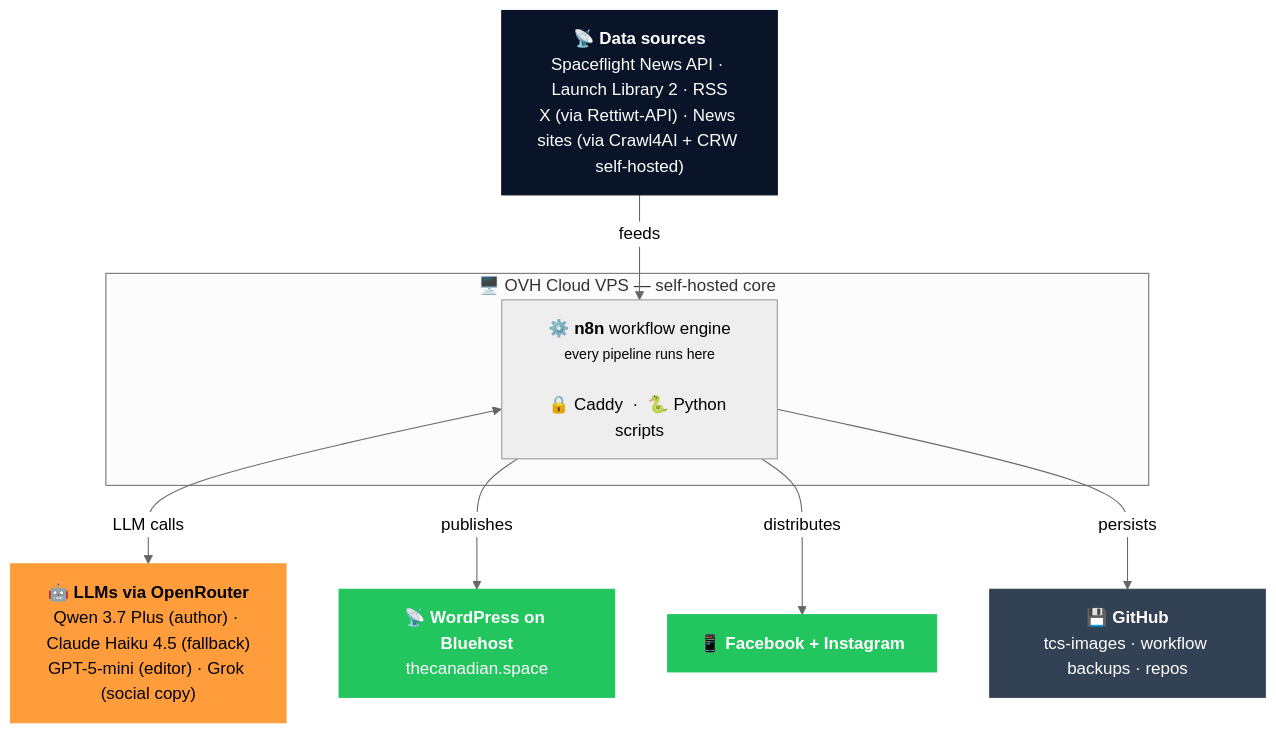
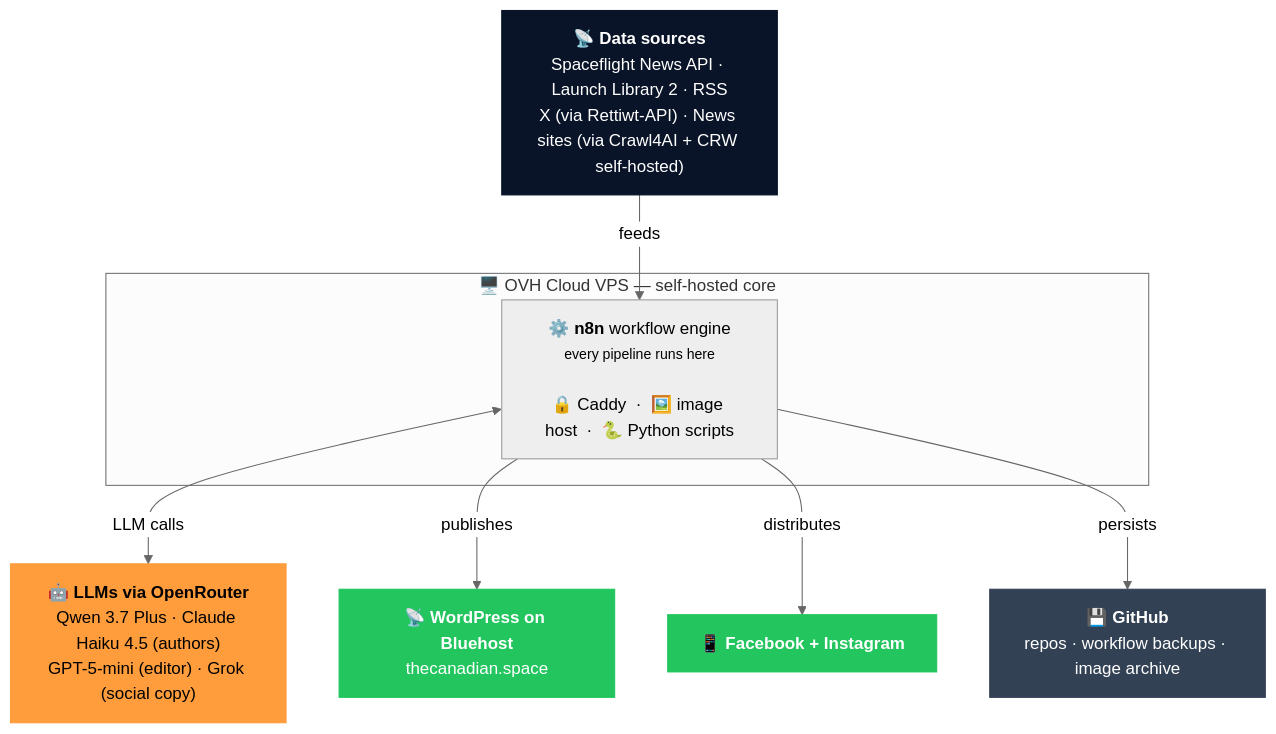
The diagram in docs/technology/infrastructure.md (The-Canadian-Space/tcs-public-wiki), drawn with Mermaid (neutral theme) before and after one commit. The commit also changed other lines of this file and 2 other files, not shown here.

Commit message:
docs: images are served from our own server; diagram names both authors
New images (post headers, Rocket Lab photos and, since today, the
Instagram cards) come from assets.thecanadian.space. GitHub keeps the
code, the workflow backups and the image archive older posts link to.
The infrastructure diagram now names both LLM authors.

Refs The-Canadian-Space/tcs-workflows#130

````diff
--- a/docs/technology/infrastructure.md
+++ b/docs/technology/infrastructure.md
@@ -9,29 +9,29 @@
 ```mermaid
 graph TB
     Data["📡 <b>Data sources</b><br/>Spaceflight News API · Launch Library 2 · RSS<br/>X (via Rettiwt-API) · News sites (via Crawl4AI + CRW self-hosted)"]
 
     subgraph OVH["🖥️ OVH Cloud VPS — self-hosted core"]
-        Core["⚙️ <b>n8n</b> workflow engine<br/><small>every pipeline runs here</small><br/><br/>🔒 Caddy &nbsp;·&nbsp; 🐍 Python scripts"]
+        Core["⚙️ <b>n8n</b> workflow engine<br/><small>every pipeline runs here</small><br/><br/>🔒 Caddy &nbsp;·&nbsp; 🖼️ image host &nbsp;·&nbsp; 🐍 Python scripts"]
     end
 
-    LLM["🤖 <b>LLMs via OpenRouter</b><br/>Qwen 3.7 Plus (author) · Claude Haiku 4.5 (fallback)<br/>GPT-5-mini (editor) · Grok (social copy)"]
+    LLM["🤖 <b>LLMs via OpenRouter</b><br/>Qwen 3.7 Plus · Claude Haiku 4.5 (authors)<br/>GPT-5-mini (editor) · Grok (social copy)"]
 
     WP["📡 <b>WordPress on Bluehost</b><br/>thecanadian.space"]
     Social["📱 <b>Facebook + Instagram</b>"]
-    GH["💾 <b>GitHub</b><br/>tcs-images · workflow backups · repos"]
+    GH["💾 <b>GitHub</b><br/>repos · workflow backups · image archive"]
 
     Data -->|feeds| Core
     Core <-->|LLM calls| LLM
     Core -->|publishes| WP
     Core -->|distributes| Social
     Core -->|persists| GH
 
     classDef input fill:#0A1428,color:#fff,stroke:#0A1428
     classDef ai fill:#FF9D3D,color:#000,stroke:#FF9D3D
     classDef out fill:#22C55E,color:#fff,stroke:#22C55E
     classDef store fill:#334155,color:#fff,stroke:#334155
     class Data input
     class LLM ai
     class WP,Social out
     class GH store
 ```
````
